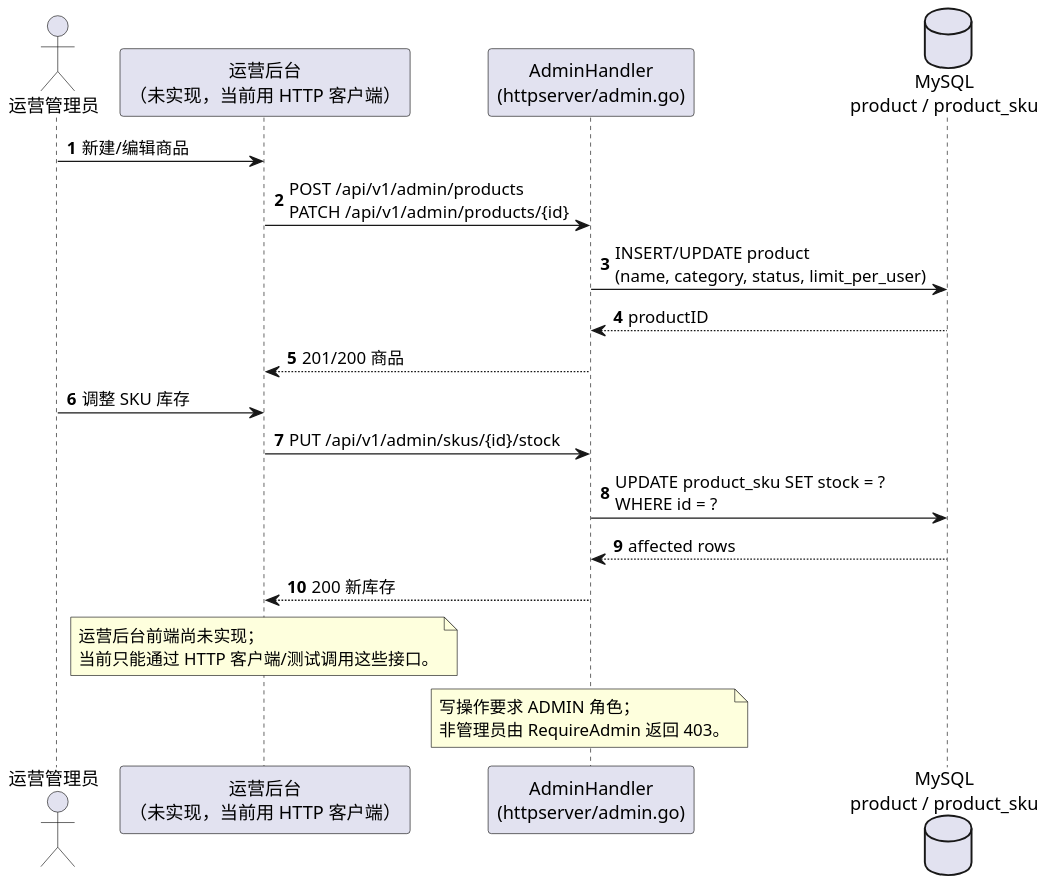
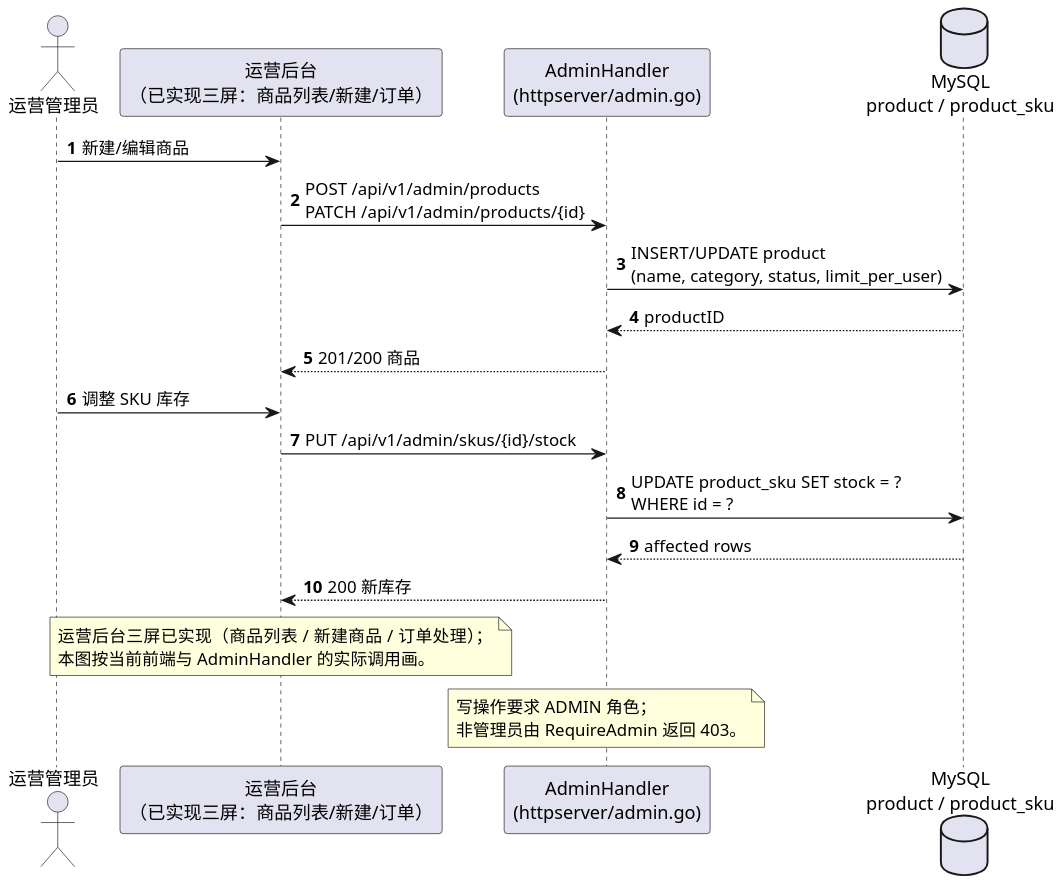
Before and after one commit to chiyan11/green-travel-points: the diagram in docs/uml/22-序列图-商品管理.puml, drawn with PlantUML. The commit also changed 70 other files, not shown here.

First line of the commit message:
docs(uml): 补齐 19 个用例的鲁棒图与顺序图

```diff
--- a/docs/uml/22-序列图-商品管理.puml
+++ b/docs/uml/22-序列图-商品管理.puml
@@ -1,32 +1,32 @@
 @startuml 图2-11 序列图：商品与 SKU 管理（UC-11 用例实现）
 skinparam defaultFontName "Microsoft YaHei"
 skinparam dpi 150
 skinparam shadowing false
 autonumber
 
 actor "运营管理员" as A
-participant "运营后台\n（未实现，当前用 HTTP 客户端）" as FE
+participant "运营后台\n（已实现三屏：商品列表/新建/订单）" as FE
 participant "AdminHandler\n(httpserver/admin.go)" as H
 database "MySQL\nproduct / product_sku" as DB
 
 A -> FE : 新建/编辑商品
 FE -> H : POST /api/v1/admin/products\nPATCH /api/v1/admin/products/{id}
 H -> DB : INSERT/UPDATE product\n(name, category, status, limit_per_user)
 DB --> H : productID
 H --> FE : 201/200 商品
 
 A -> FE : 调整 SKU 库存
 FE -> H : PUT /api/v1/admin/skus/{id}/stock
 H -> DB : UPDATE product_sku SET stock = ?\nWHERE id = ?
 DB --> H : affected rows
 H --> FE : 200 新库存
 
 note over FE
-  运营后台前端尚未实现；
-  当前只能通过 HTTP 客户端/测试调用这些接口。
+  运营后台三屏已实现（商品列表 / 新建商品 / 订单处理）；
+  本图按当前前端与 AdminHandler 的实际调用画。
 end note
 note over H
   写操作要求 ADMIN 角色；
   非管理员由 RequireAdmin 返回 403。
 end note
 @enduml
```
